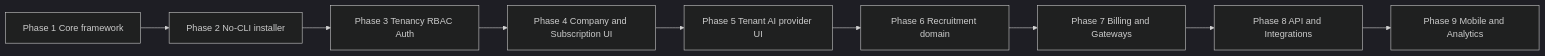
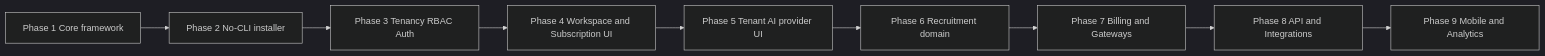
Before and after one commit to ammarnabileg/crm: the first of 3 diagrams in docs/45-Future-Roadmap.md, drawn with Mermaid (dark theme). The commit also changed other lines of this file and 26 other files, not shown here.

````diff
--- a/docs/45-Future-Roadmap.md
+++ b/docs/45-Future-Roadmap.md
@@ -27,11 +27,11 @@
 ```mermaid
 flowchart LR
     P1[Phase 1 Core framework] --> P2[Phase 2 No-CLI installer]
     P2 --> P3[Phase 3 Tenancy RBAC Auth]
-    P3 --> P4[Phase 4 Company and Subscription UI]
+    P3 --> P4[Phase 4 Workspace and Subscription UI]
     P4 --> P5[Phase 5 Tenant AI provider UI]
     P5 --> P6[Phase 6 Recruitment domain]
     P6 --> P7[Phase 7 Billing and Gateways]
     P7 --> P8[Phase 8 API and Integrations]
     P8 --> P9[Phase 9 Mobile and Analytics]
 ```
````
